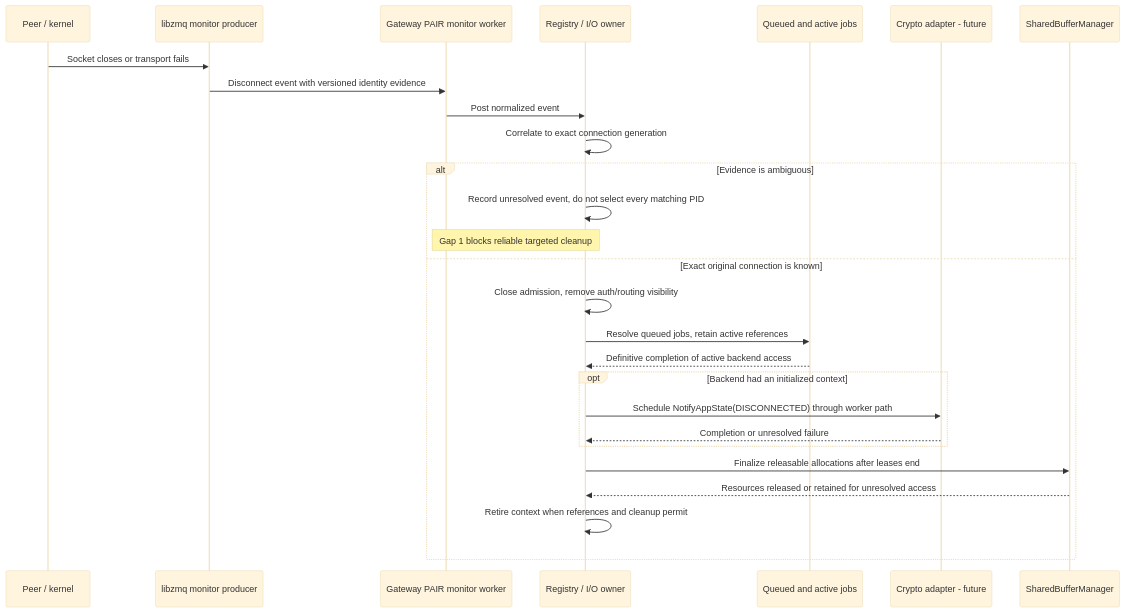
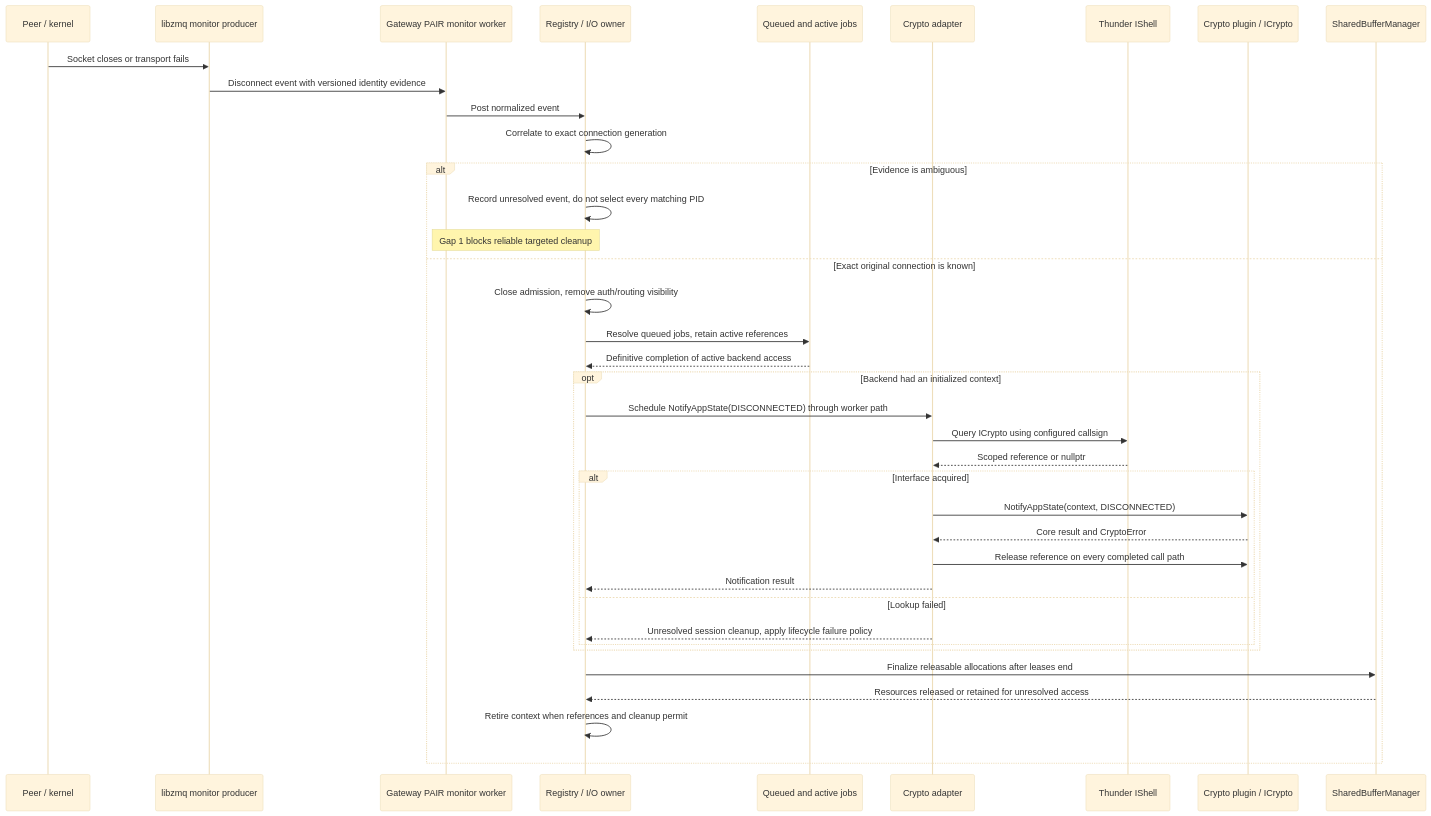
Before and after one commit to rdkcentral/eyil-secure-gateway: diagram 27 of 30 in doc/EyilSecureGateway.md, drawn with Mermaid (base theme). The commit also changed other lines of this file, not shown here.

````diff
--- a/doc/EyilSecureGateway.md
+++ b/doc/EyilSecureGateway.md
@@ -2840,29 +3002,40 @@
 ```mermaid
 sequenceDiagram
     participant P as Peer / kernel
     participant Z as libzmq monitor producer
     participant M as Gateway PAIR monitor worker
     participant REG as Registry / I/O owner
     participant J as Queued and active jobs
-    participant C as Crypto adapter - future
+    participant C as Crypto adapter
+    participant T as Thunder IShell
+    participant CP as Crypto plugin / ICrypto
     participant B as SharedBufferManager
     P->>Z: Socket closes or transport fails
     Z->>M: Disconnect event with versioned identity evidence
     M->>REG: Post normalized event
     REG->>REG: Correlate to exact connection generation
     alt Evidence is ambiguous
         REG->>REG: Record unresolved event, do not select every matching PID
         Note over M,REG: Gap 1 blocks reliable targeted cleanup
     else Exact original connection is known
         REG->>REG: Close admission, remove auth/routing visibility
         REG->>J: Resolve queued jobs, retain active references
         J-->>REG: Definitive completion of active backend access
         opt Backend had an initialized context
             REG->>C: Schedule NotifyAppState(DISCONNECTED) through worker path
-            C-->>REG: Completion or unresolved failure
+            C->>T: Query ICrypto using configured callsign
+            T-->>C: Scoped reference or nullptr
+            alt Interface acquired
+                C->>CP: NotifyAppState(context, DISCONNECTED)
+                CP-->>C: Core result and CryptoError
+                C->>CP: Release reference on every completed call path
+                C-->>REG: Notification result
+            else Lookup failed
+                C-->>REG: Unresolved session cleanup, apply lifecycle failure policy
+            end
         end
         REG->>B: Finalize releasable allocations after leases end
         B-->>REG: Resources released or retained for unresolved access
         REG->>REG: Retire context when references and cleanup permit
     end
 ```
````
